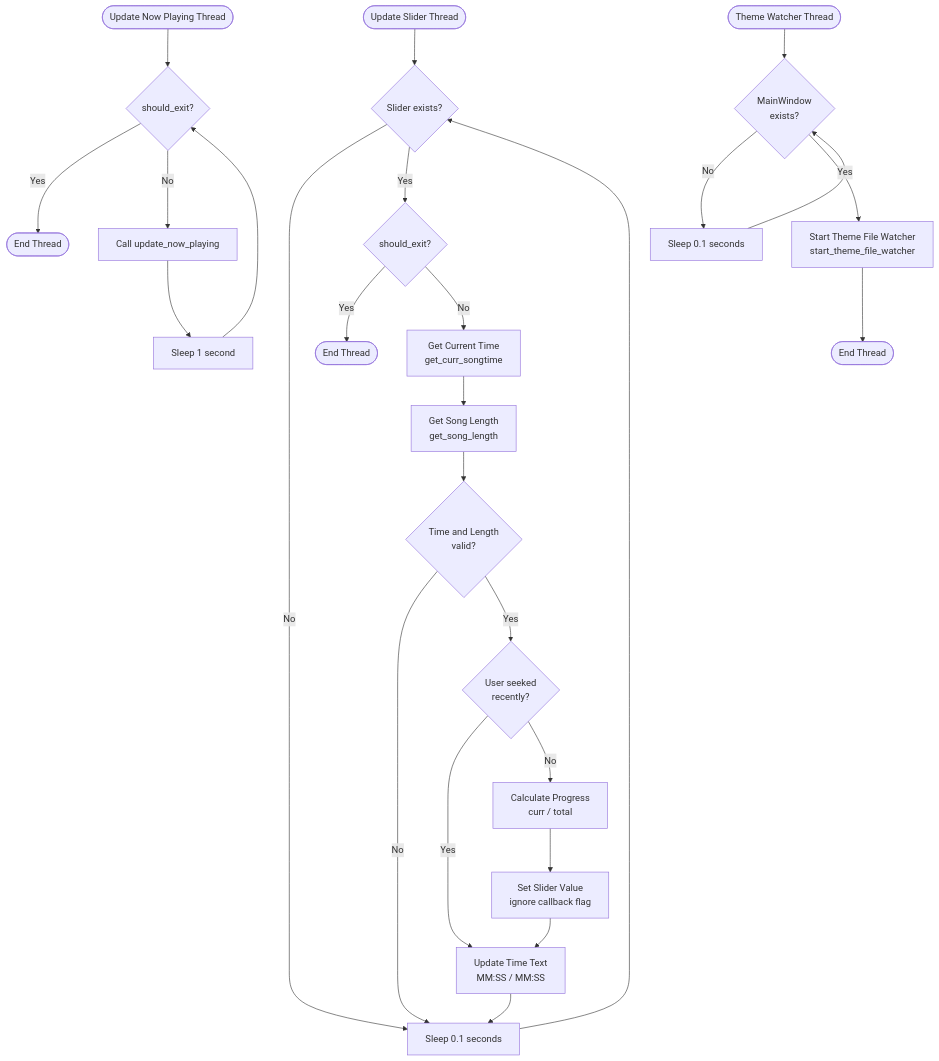
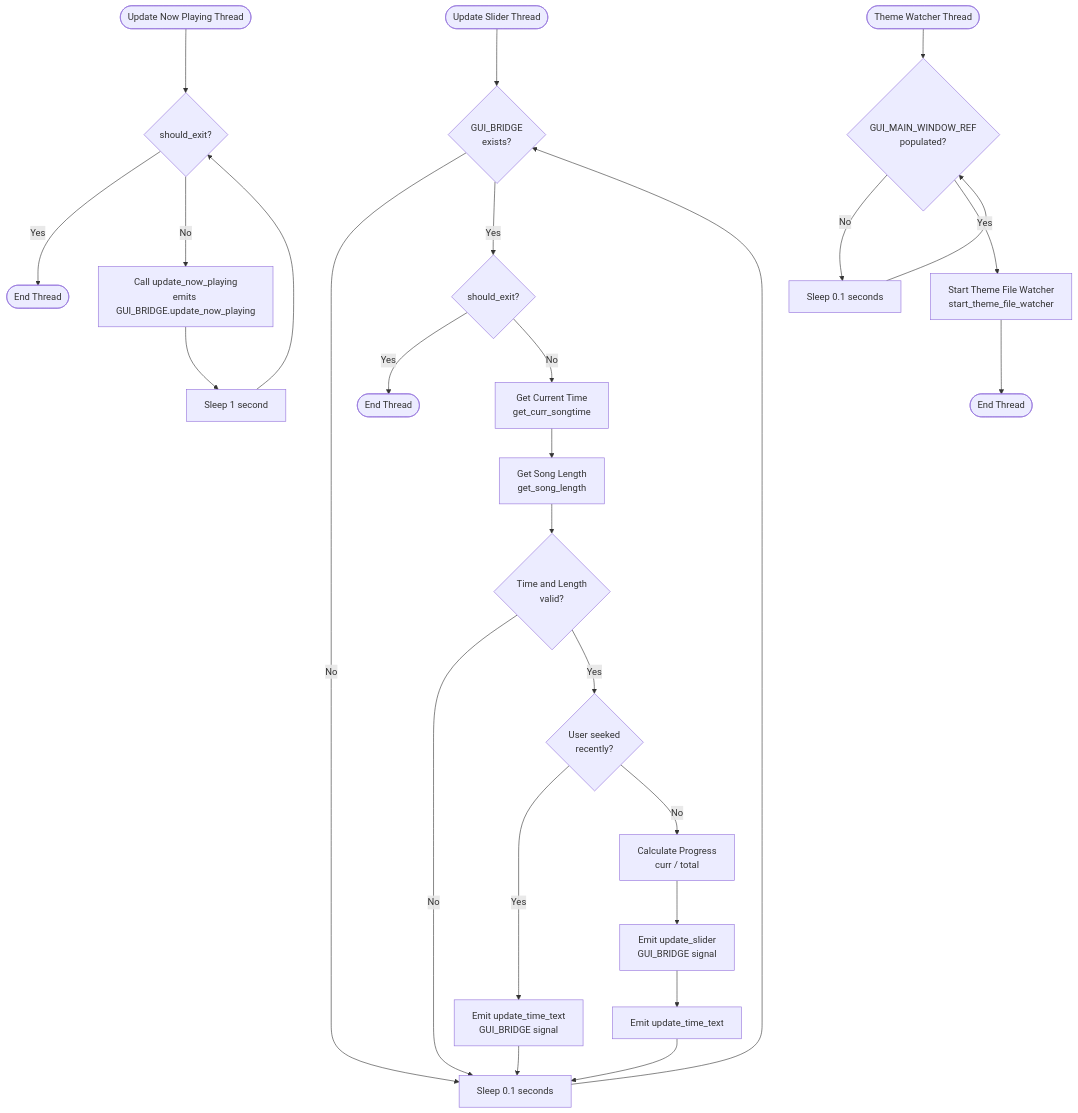
The sixth of 12 diagrams in PROGRAM_FLOW.md (StroepWafel/LYTE), drawn with Mermaid before and after one commit. The commit also changed other lines of this file and 19 other files, not shown here.

````diff
--- a/PROGRAM_FLOW.md
+++ b/PROGRAM_FLOW.md
@@ -221,31 +216,32 @@
 ```mermaid
 flowchart TD
-    Start1([Update Slider Thread]) --> WaitGUI1{Slider exists?}
+    Start1([Update Slider Thread]) --> WaitGUI1{GUI_BRIDGE<br/>exists?}
     WaitGUI1 -->|No| Sleep1[Sleep 0.1 seconds]
     Sleep1 --> WaitGUI1
     WaitGUI1 -->|Yes| CheckExit1{should_exit?}
     CheckExit1 -->|Yes| End1([End Thread])
     CheckExit1 -->|No| GetTime[Get Current Time<br/>get_curr_songtime]
     GetTime --> GetLength[Get Song Length<br/>get_song_length]
     GetLength --> ValidTime{Time and Length<br/>valid?}
     
     ValidTime -->|No| Sleep1
     ValidTime -->|Yes| CheckUserSeek{User seeked<br/>recently?}
-    CheckUserSeek -->|Yes| UpdateTimeText[Update Time Text<br/>MM:SS / MM:SS]
-    UpdateTimeText --> Sleep1
+    CheckUserSeek -->|Yes| EmitTime[Emit update_time_text<br/>GUI_BRIDGE signal]
+    EmitTime --> Sleep1
     CheckUserSeek -->|No| CalculateProgress[Calculate Progress<br/>curr / total]
-    CalculateProgress --> SetSlider[Set Slider Value<br/>ignore callback flag]
-    SetSlider --> UpdateTimeText
+    CalculateProgress --> EmitSlider[Emit update_slider<br/>GUI_BRIDGE signal]
+    EmitSlider --> EmitTime2[Emit update_time_text]
+    EmitTime2 --> Sleep1
     
     Start2([Update Now Playing Thread]) --> CheckExit2{should_exit?}
     CheckExit2 -->|Yes| End2([End Thread])
-    CheckExit2 -->|No| CallUpdate[Call update_now_playing]
+    CheckExit2 -->|No| CallUpdate[Call update_now_playing<br/>emits GUI_BRIDGE.update_now_playing]
     CallUpdate --> Sleep2[Sleep 1 second]
     Sleep2 --> CheckExit2
     
-    Start3([Theme Watcher Thread]) --> WaitGUI2{MainWindow<br/>exists?}
+    Start3([Theme Watcher Thread]) --> WaitGUI2{GUI_MAIN_WINDOW_REF<br/>populated?}
     WaitGUI2 -->|No| Sleep3[Sleep 0.1 seconds]
     Sleep3 --> WaitGUI2
     WaitGUI2 -->|Yes| StartWatcher[Start Theme File Watcher<br/>start_theme_file_watcher]
     StartWatcher --> End3([End Thread])
 ```
````
